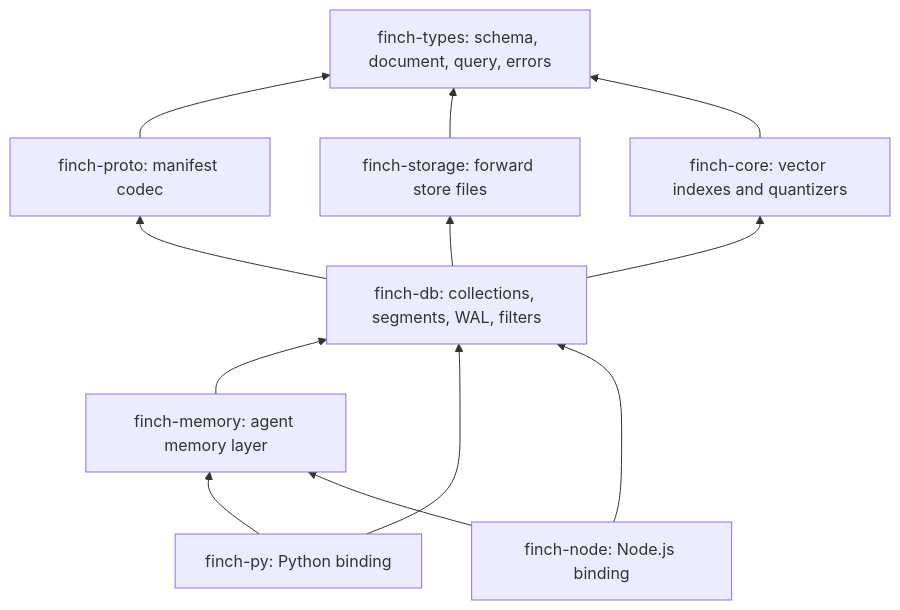
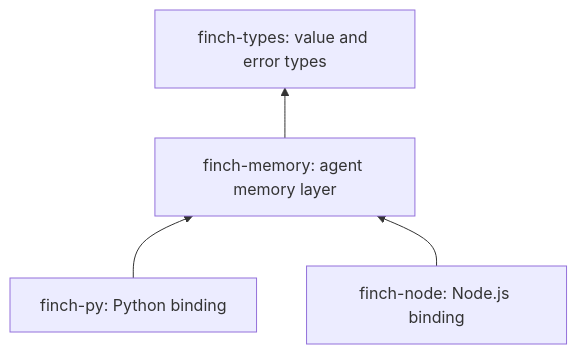
The first of 7 diagrams in docs/architecture.md (jadenpxrk/finch), drawn with Mermaid before and after one commit. The commit also changed other lines of this file and 317 other files, not shown here.

````diff
--- a/docs/architecture.md
+++ b/docs/architecture.md
@@ -11,22 +10,10 @@
 ```mermaid
 flowchart BT
-  types[finch-types: schema, document, query, errors]
-  proto[finch-proto: manifest codec]
-  storage[finch-storage: forward store files]
-  core[finch-core: vector indexes and quantizers]
-  db[finch-db: collections, segments, WAL, filters]
+  types[finch-types: value and error types]
   memory[finch-memory: agent memory layer]
   py[finch-py: Python binding]
   node[finch-node: Node.js binding]
-  proto --> types
-  storage --> types
-  core --> types
-  db --> proto
-  db --> storage
-  db --> core
-  memory --> db
-  py --> db
+  memory --> types
   py --> memory
-  node --> db
   node --> memory
 ```
````
